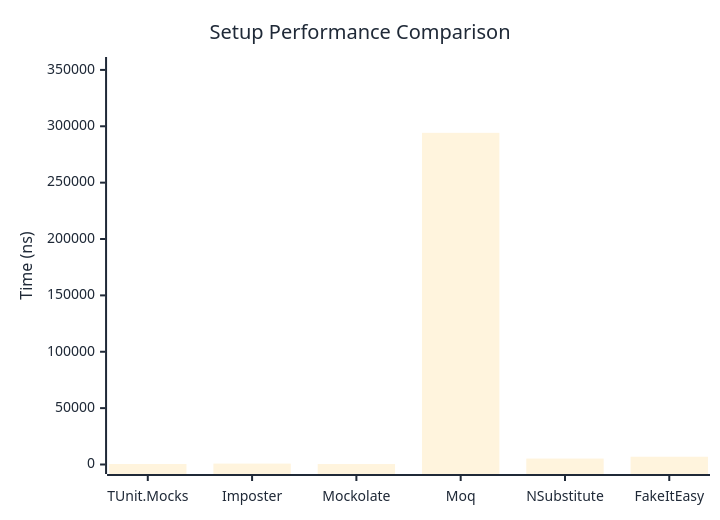
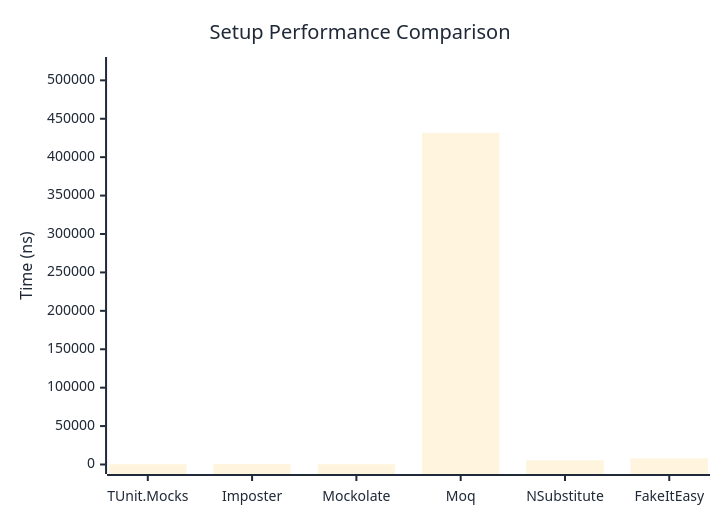
One commit to thomhurst/TUnit changed the first of 2 diagrams in docs/docs/benchmarks/mocks/Setup.md. Above: the diagram before and after it, drawn with Mermaid. The commit also changed other lines of this file and 14 other files, not shown here.

````diff
--- a/docs/docs/benchmarks/mocks/Setup.md
+++ b/docs/docs/benchmarks/mocks/Setup.md
@@ -28,27 +28,27 @@
 ```mermaid
 %%{init: {
   'theme':'base',
   'themeVariables': {
     'primaryColor': '#2563eb',
     'primaryTextColor': '#1f2937',
     'primaryBorderColor': '#1e40af',
     'lineColor': '#6b7280',
     'secondaryColor': '#7c3aed',
     'tertiaryColor': '#dc2626',
     'background': '#ffffff',
     'pie1': '#2563eb',
     'pie2': '#7c3aed',
     'pie3': '#dc2626',
     'pie4': '#f59e0b',
     'pie5': '#10b981',
     'pie6': '#06b6d4',
     'pie7': '#ec4899',
     'pie8': '#6366f1'
   }
 }}%%
 xychart-beta
   title "Setup Performance Comparison"
   x-axis ["TUnit.Mocks", "Imposter", "Mockolate", "Moq", "NSubstitute", "FakeItEasy"]
-  y-axis "Time (ns)" 0 --> 353022
-  bar [461.5, 802.1, 396.1, 294184.3, 5254.5, 6883.3]
+  y-axis "Time (ns)" 0 --> 518014
+  bar [419.2, 797.4, 348.4, 431677.7, 5403.2, 8126.2]
 ```
````
